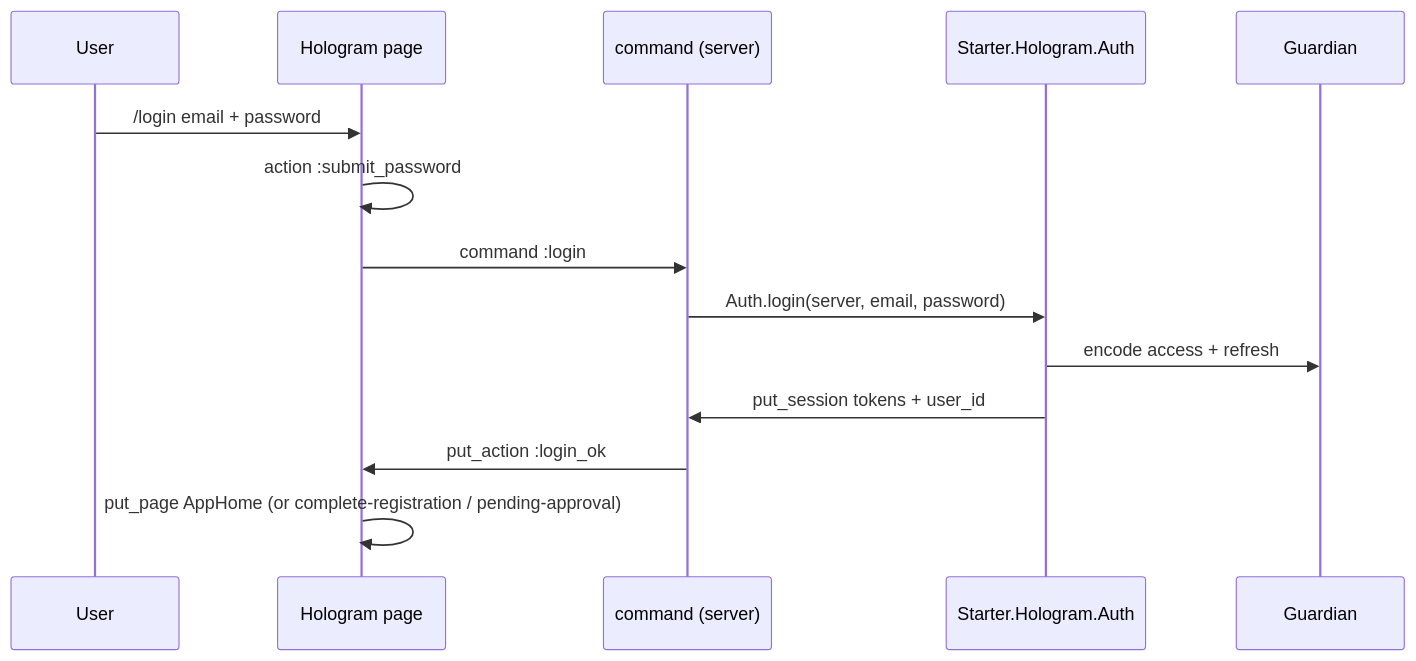
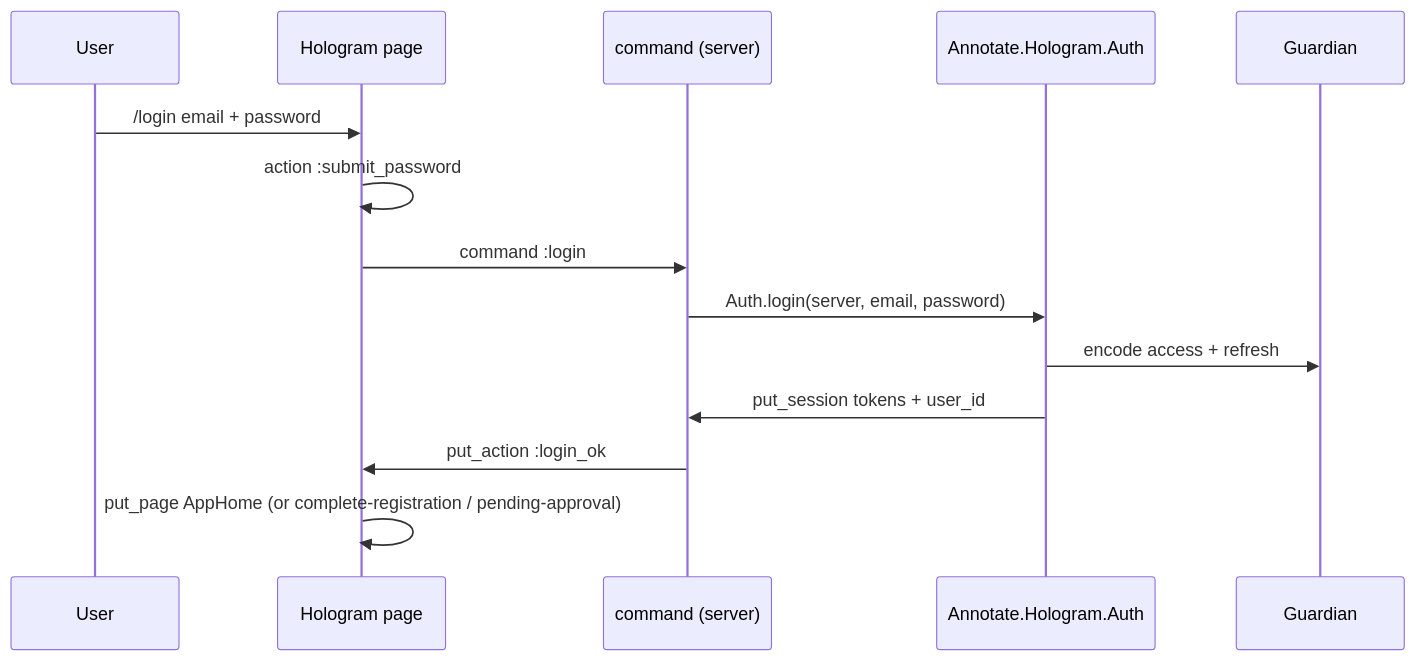
The diagram in docs/frontend-reference/auth-hologram.md (the-robot-shares/annotate), drawn with Mermaid before and after one commit. The commit also changed other lines of this file and 474 other files, not shown here.

Commit message:
chore(hydration): rename scaffold identity to Annotate (Starter->Annotate), chart + hosts annotate/annotate-srv.therobotlives.com, provenance

````diff
--- a/docs/frontend-reference/auth-hologram.md
+++ b/docs/frontend-reference/auth-hologram.md
@@ -25,17 +25,17 @@
 ```mermaid
 sequenceDiagram
   participant U as User
   participant P as Hologram page
   participant C as command (server)
-  participant A as Starter.Hologram.Auth
+  participant A as Annotate.Hologram.Auth
   participant G as Guardian
 
   U->>P: /login email + password
   P->>P: action :submit_password
   P->>C: command :login
   C->>A: Auth.login(server, email, password)
   A->>G: encode access + refresh
   A->>C: put_session tokens + user_id
   C->>P: put_action :login_ok
   P->>P: put_page AppHome (or complete-registration / pending-approval)
 ```
````
